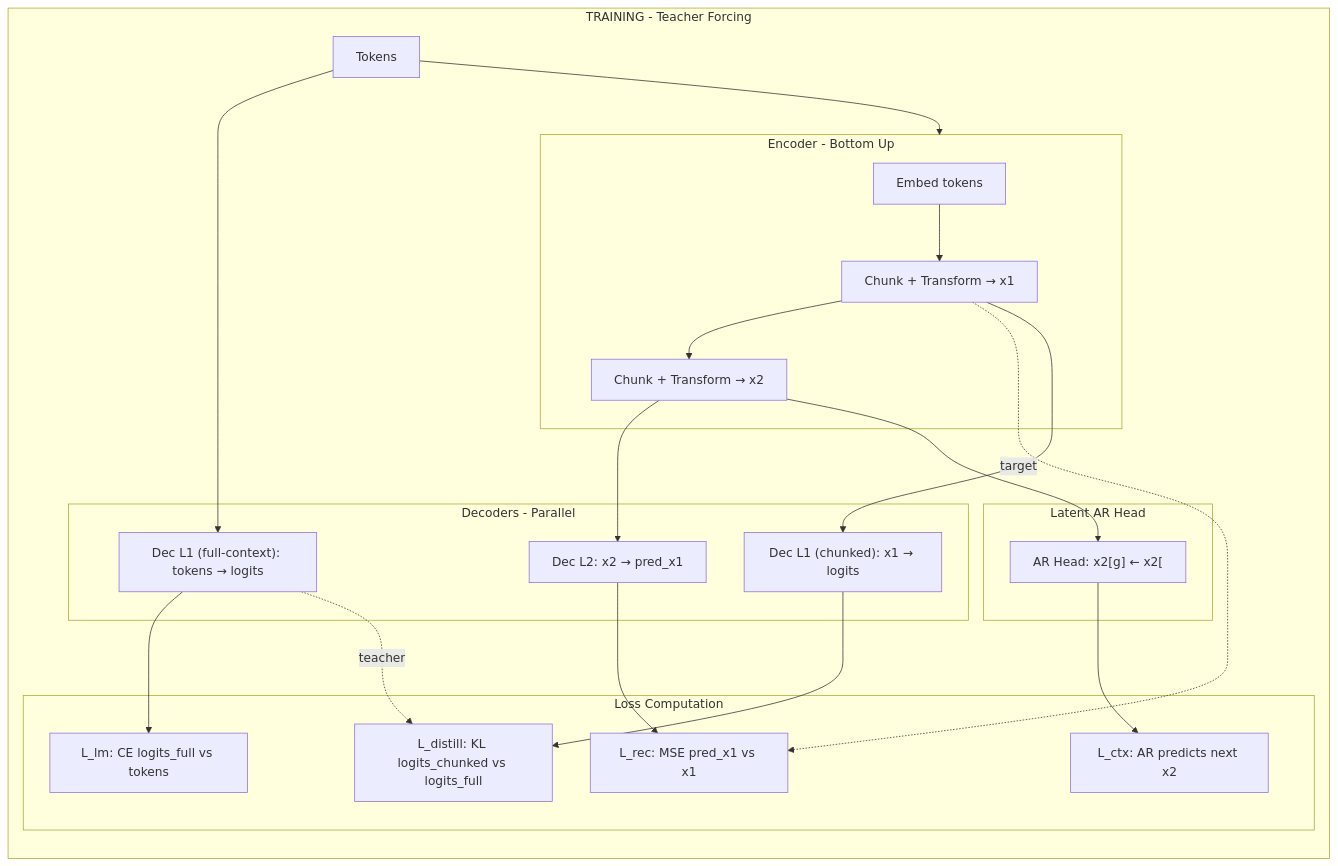
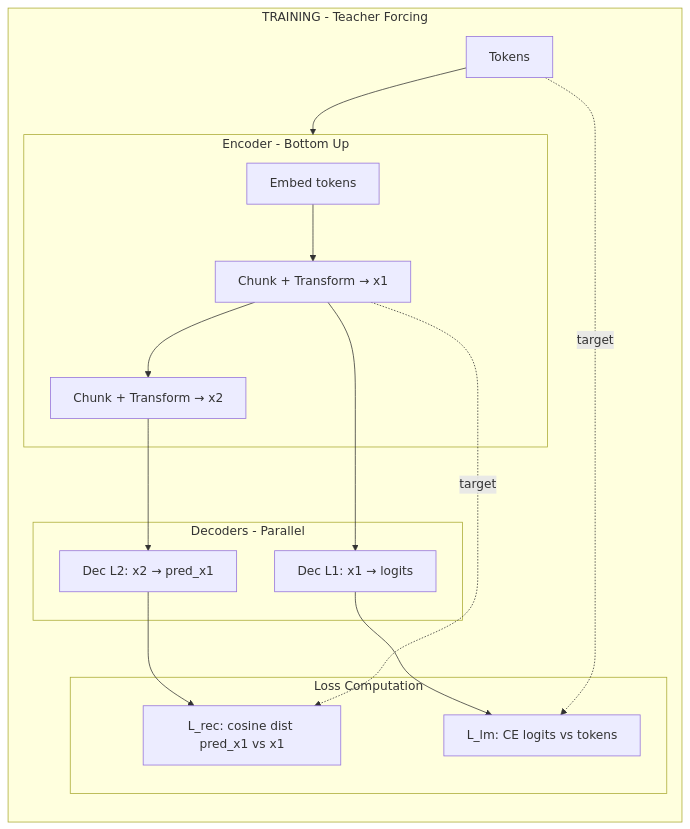
One commit to gvessere/Photon changed the first of 2 diagrams in Readme.md. Above: the diagram before and after it, drawn with Mermaid. The commit also changed other lines of this file and 4 other files, not shown here.

````diff
--- a/Readme.md
+++ b/Readme.md
@@ -17,40 +17,31 @@
 ```mermaid
 flowchart TB
     subgraph Training["TRAINING - Teacher Forcing"]
         direction TB
 
         tokens["Tokens"]
 
         subgraph Encoder["Encoder - Bottom Up"]
             enc_emb["Embed tokens"]
             enc_l1["Chunk + Transform → x1"]
             enc_l2["Chunk + Transform → x2"]
             enc_emb --> enc_l1 --> enc_l2
         end
 
         subgraph Decoders["Decoders - Parallel"]
             dec_l2["Dec L2: x2 → pred_x1"]
-            dec_l1["Dec L1 (chunked): x1 → logits"]
-            dec_full["Dec L1 (full-context): tokens → logits"]
+            dec_l1["Dec L1: x1 → logits"]
         end
 
         subgraph Losses["Loss Computation"]
-            loss_rec["L_rec: MSE pred_x1 vs x1"]
-            loss_ctx["L_ctx: AR predicts next x2"]
-            loss_lm["L_lm: CE logits_full vs tokens"]
-            loss_distill["L_distill: KL logits_chunked vs logits_full"]
-        end
-
-        subgraph LatentAR["Latent AR Head"]
-            ar_head["AR Head: x2[g] ← x2[<g]"]
+            loss_rec["L_rec: cosine dist pred_x1 vs x1"]
+            loss_lm["L_lm: CE logits vs tokens"]
         end
 
         tokens --> Encoder
-        tokens --> dec_full --> loss_lm
+        enc_l1 --> dec_l1 --> loss_lm
+        tokens -.->|"target"| loss_lm
         enc_l2 --> dec_l2 --> loss_rec
         enc_l1 -.->|"target"| loss_rec
-        enc_l1 --> dec_l1 --> loss_distill
-        dec_full -.->|"teacher"| loss_distill
-        enc_l2 --> ar_head --> loss_ctx
     end
 ```
````
